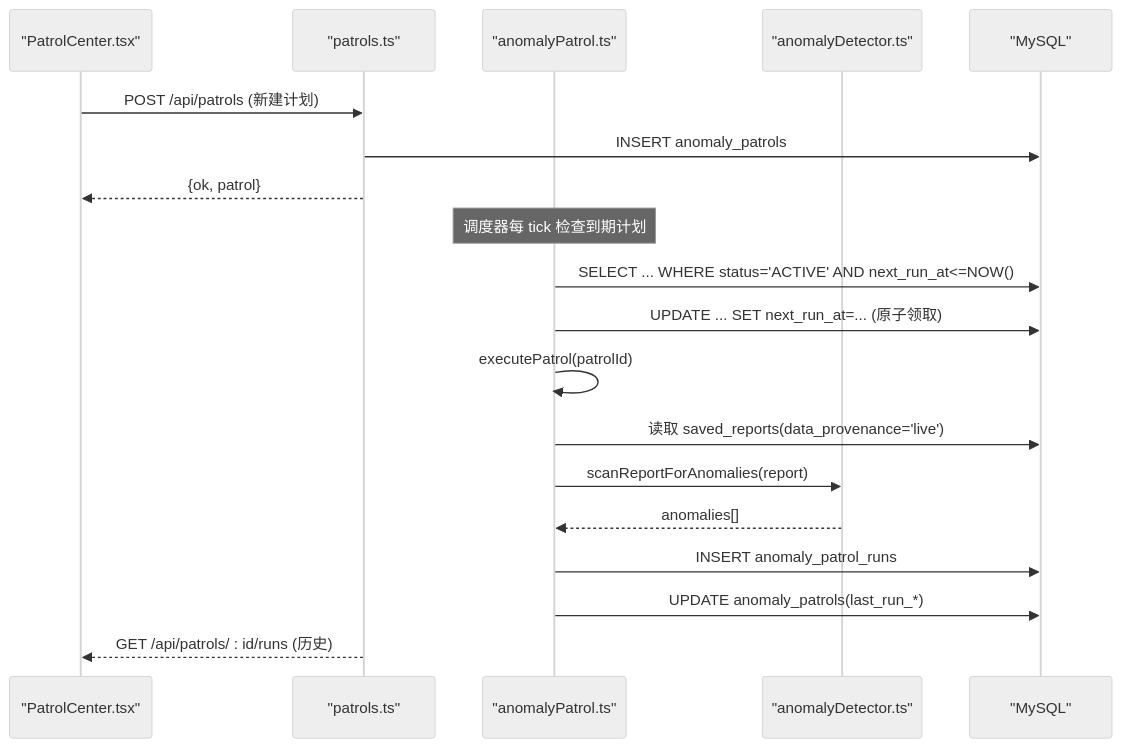
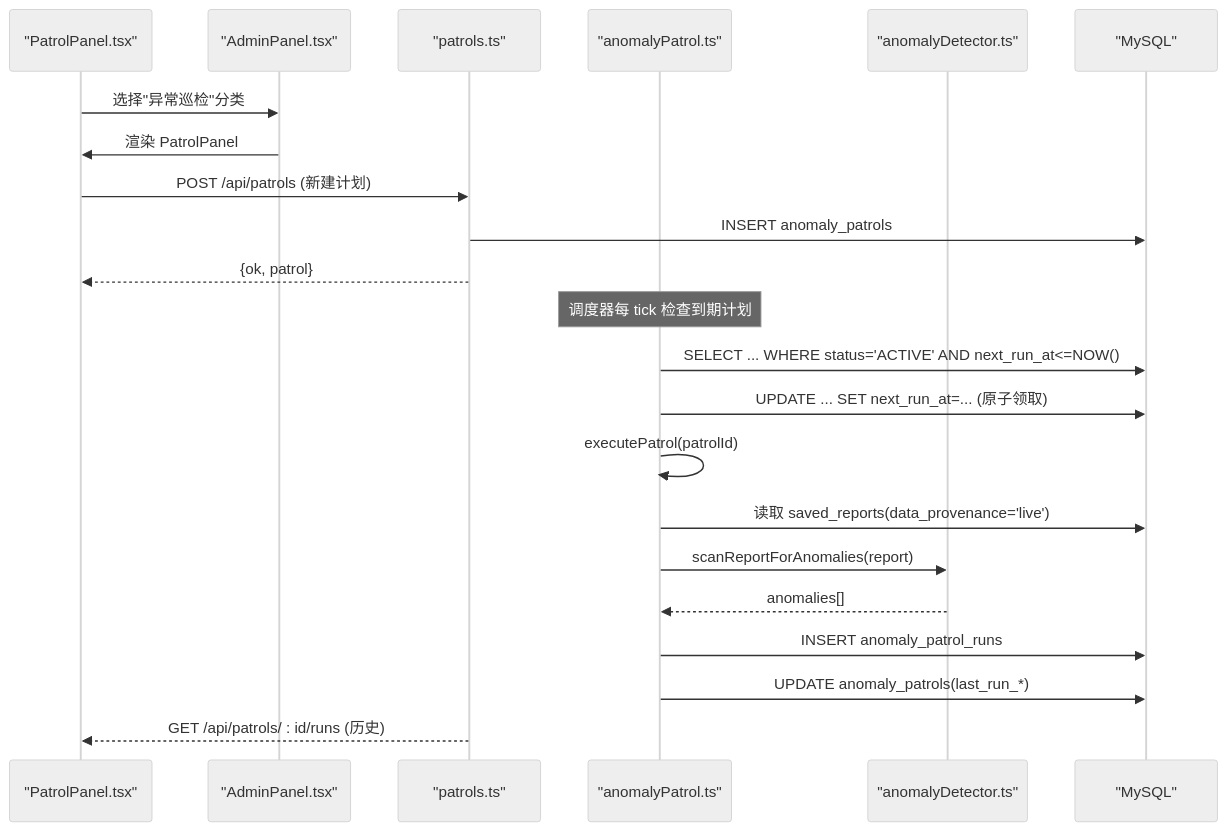
Before and after one commit to dgjin/smart-data-analytics: the second of 7 diagrams in .qoder/repowiki/zh/content/后端服务/异常巡逻系统.md, drawn with Mermaid (neutral theme). The commit also changed other lines of this file and 146 other files, not shown here.

````diff
--- a/.qoder/repowiki/zh/content/后端服务/异常巡逻系统.md
+++ b/.qoder/repowiki/zh/content/后端服务/异常巡逻系统.md
@@ -83,21 +96,24 @@
 ```mermaid
 sequenceDiagram
-participant UI as "PatrolCenter.tsx"
+participant UI as "PatrolPanel.tsx"
+participant Admin as "AdminPanel.tsx"
 participant API as "patrols.ts"
 participant SCH as "anomalyPatrol.ts"
 participant ENG as "anomalyDetector.ts"
 participant DB as "MySQL"
+UI->>Admin : 选择"异常巡检"分类
+Admin->>UI : 渲染 PatrolPanel
 UI->>API : POST /api/patrols (新建计划)
 API->>DB : INSERT anomaly_patrols
 API-->>UI : {ok, patrol}
 Note over SCH : 调度器每 tick 检查到期计划
 SCH->>DB : SELECT ... WHERE status='ACTIVE' AND next_run_at<=NOW()
 SCH->>DB : UPDATE ... SET next_run_at=... (原子领取)
 SCH->>SCH : executePatrol(patrolId)
 SCH->>DB : 读取 saved_reports(data_provenance='live')
 SCH->>ENG : scanReportForAnomalies(report)
 ENG-->>SCH : anomalies[]
 SCH->>DB : INSERT anomaly_patrol_runs
 SCH->>DB : UPDATE anomaly_patrols(last_run_*)
 API-->>UI : GET /api/patrols/ : id/runs (历史)
 ```
````
